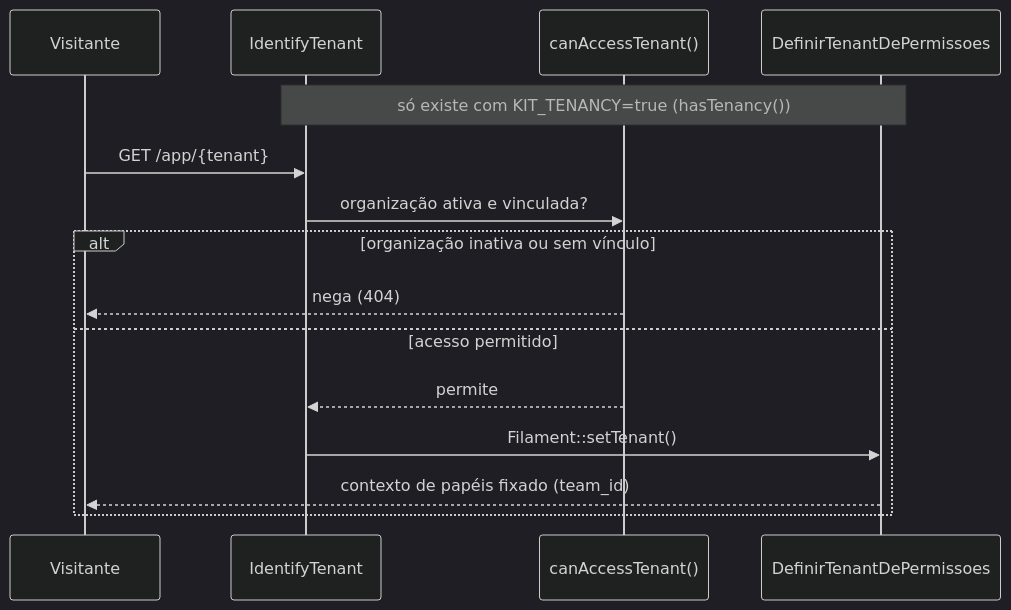
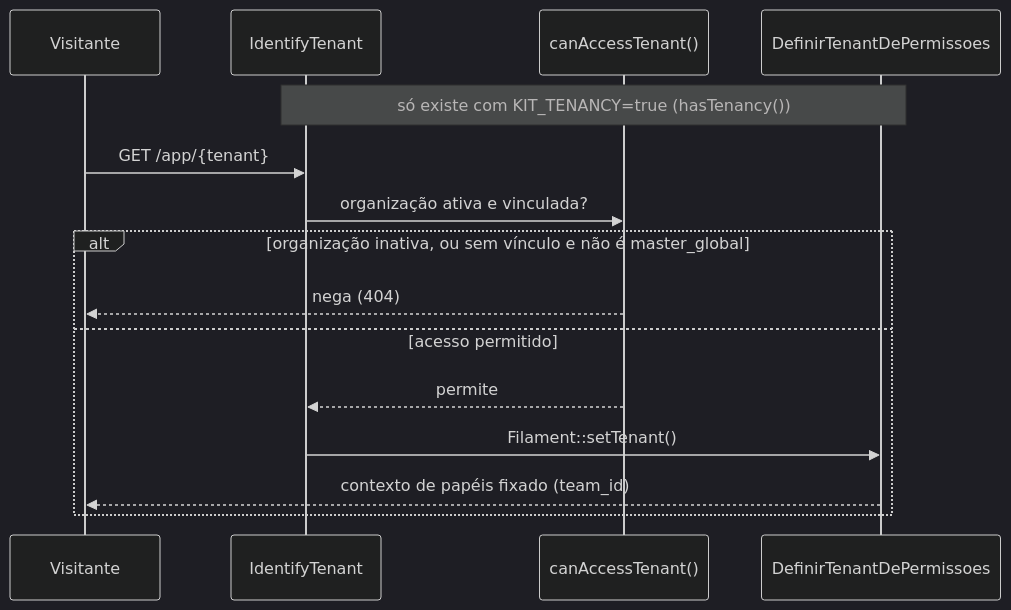
One commit to gsferro/filament-starter-kit-easy changed the diagram in docs/pt/recursos/multi-tenancy.md. Above: the diagram before and after it, drawn with Mermaid (dark theme). The commit also changed 3 other files, not shown here.

First line of the commit message:
:bug: fix(docs): o DG-20 desenha o master_global entrando sem vinculo

````diff
--- a/docs/pt/recursos/multi-tenancy.md
+++ b/docs/pt/recursos/multi-tenancy.md
@@ -142,20 +142,20 @@
 ```mermaid
 sequenceDiagram
 %% DG-20
 accTitle: Requisição em /app/{tenant}
-accDescr: O IdentifyTenant resolve o tenant da rota e consulta canAccessTenant(); organização inativa ou sem vínculo responde 404, e só então o DefinirTenantDePermissoes fixa o contexto de papéis por tenant.
+accDescr: O IdentifyTenant resolve o tenant da rota e consulta canAccessTenant(); organização inativa, ou sem vínculo e não é master_global, responde 404, e só então o DefinirTenantDePermissoes fixa o contexto de papéis por tenant.
   participant visitante as Visitante
   participant identify_tenant as IdentifyTenant
   participant can_access_tenant as canAccessTenant()
   participant definir_tenant as DefinirTenantDePermissoes
   Note over identify_tenant,definir_tenant: só existe com KIT_TENANCY=true (hasTenancy())
   visitante->>identify_tenant: GET /app/{tenant}
   identify_tenant->>can_access_tenant: organização ativa e vinculada?
-  alt organização inativa ou sem vínculo
+  alt organização inativa, ou sem vínculo e não é master_global
     can_access_tenant-->>visitante: nega (404)
   else acesso permitido
     can_access_tenant-->>identify_tenant: permite
     identify_tenant->>definir_tenant: Filament::setTenant()
     definir_tenant-->>visitante: contexto de papéis fixado (team_id)
   end
 ```
````
